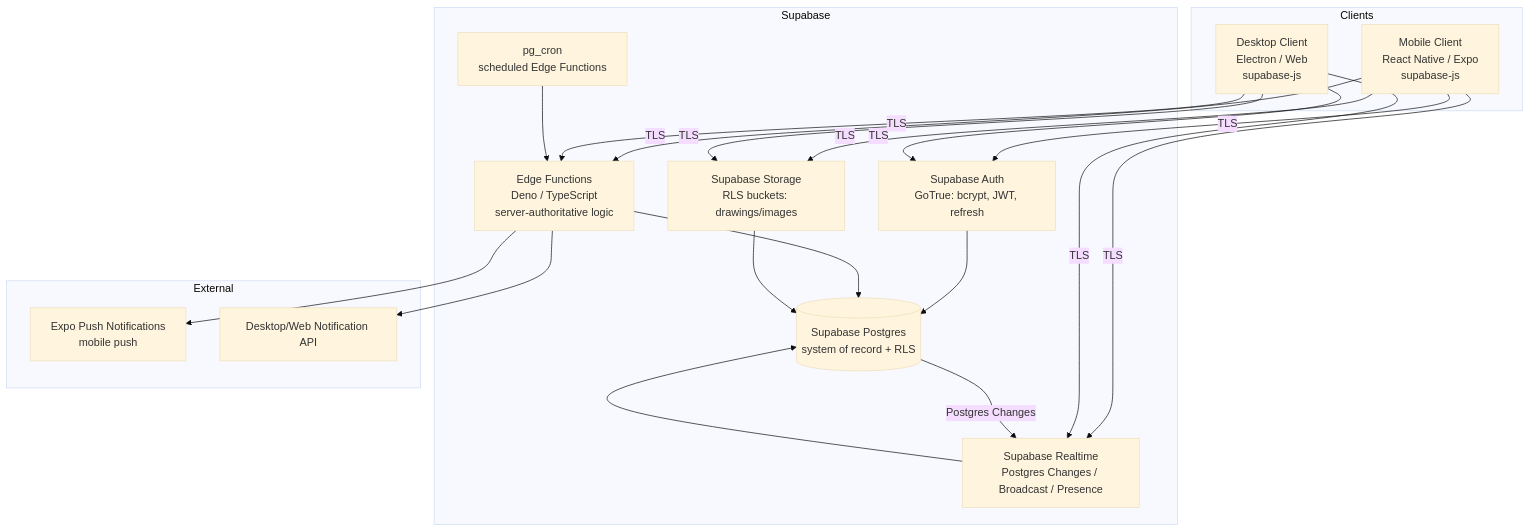
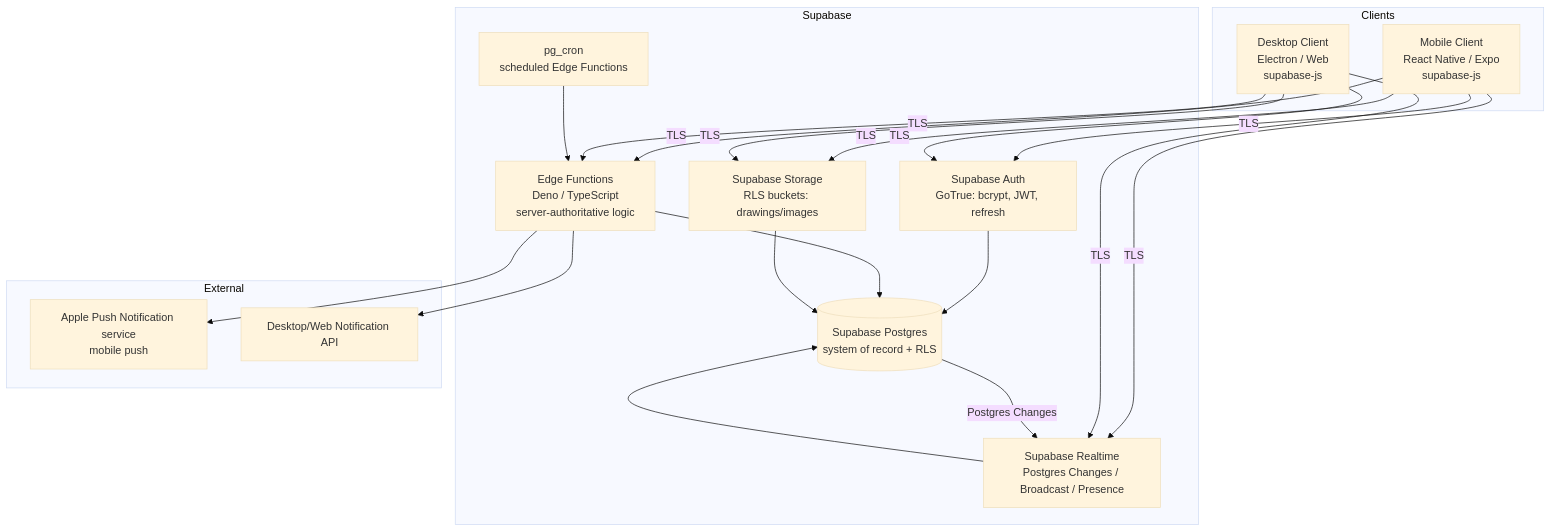
Before and after one commit to zgoldwyn/ldr-games: the first of 4 diagrams in .kiro/specs/ldr-companion-app/design.md, drawn with Mermaid (base theme). The commit also changed other lines of this file and 30 other files, not shown here.

````diff
--- a/.kiro/specs/ldr-companion-app/design.md
+++ b/.kiro/specs/ldr-companion-app/design.md
@@ -44,37 +44,37 @@
 ```mermaid
 graph TB
     subgraph Clients
         M[Mobile Client<br/>React Native / Expo<br/>supabase-js]
         D[Desktop Client<br/>Electron / Web<br/>supabase-js]
     end
     subgraph Supabase
         AUTH[Supabase Auth<br/>GoTrue: bcrypt, JWT, refresh]
         RT[Supabase Realtime<br/>Postgres Changes / Broadcast / Presence]
         EF[Edge Functions<br/>Deno / TypeScript<br/>server-authoritative logic]
         ST[Supabase Storage<br/>RLS buckets: drawings/images]
         PG[(Supabase Postgres<br/>system of record + RLS)]
         CRON[pg_cron<br/>scheduled Edge Functions]
     end
     subgraph External
-        EXPO[Expo Push Notifications<br/>mobile push]
+        APNS[Apple Push Notification service<br/>mobile push]
         OSN[Desktop/Web Notification API]
     end
 
     M -->|TLS| AUTH
     M -->|TLS| RT
     M -->|TLS| EF
     M -->|TLS| ST
     D -->|TLS| AUTH
     D -->|TLS| RT
     D -->|TLS| EF
     D -->|TLS| ST
 
     AUTH --> PG
     EF --> PG
     RT --> PG
     ST --> PG
     CRON --> EF
-    EF --> EXPO
+    EF --> APNS
     EF --> OSN
     PG -->|Postgres Changes| RT
 ```
````
